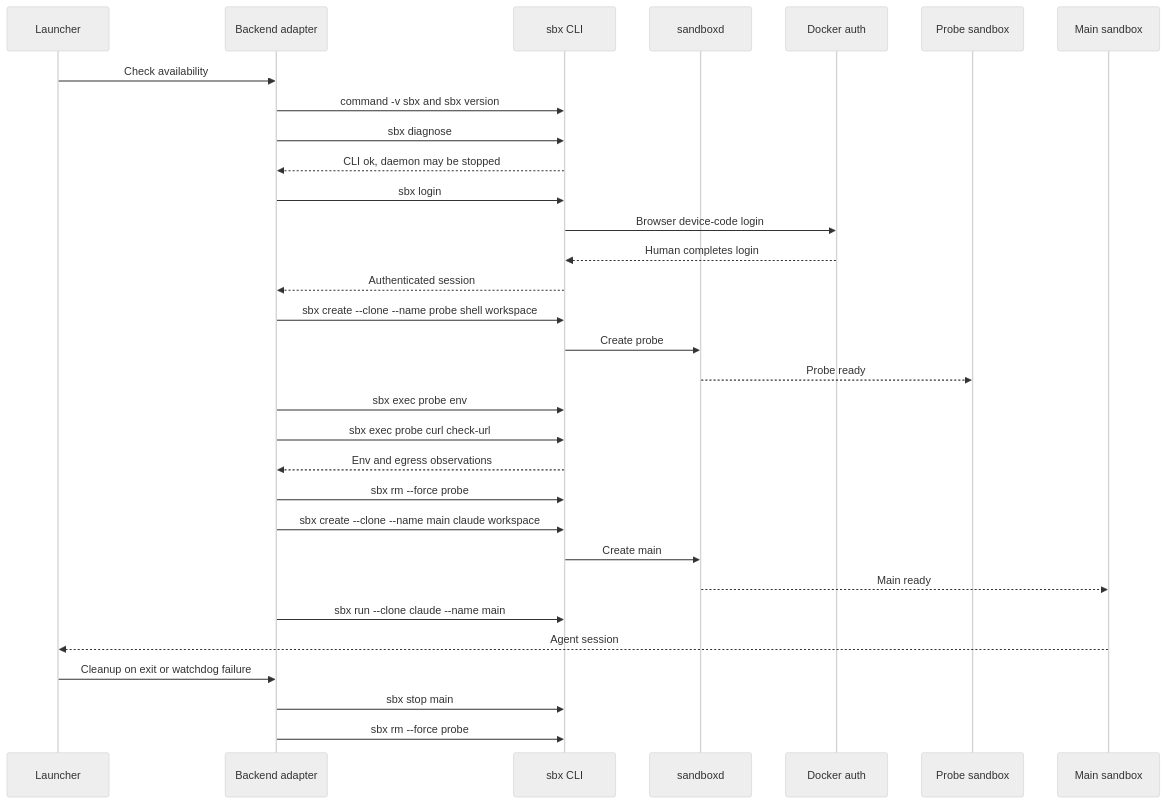
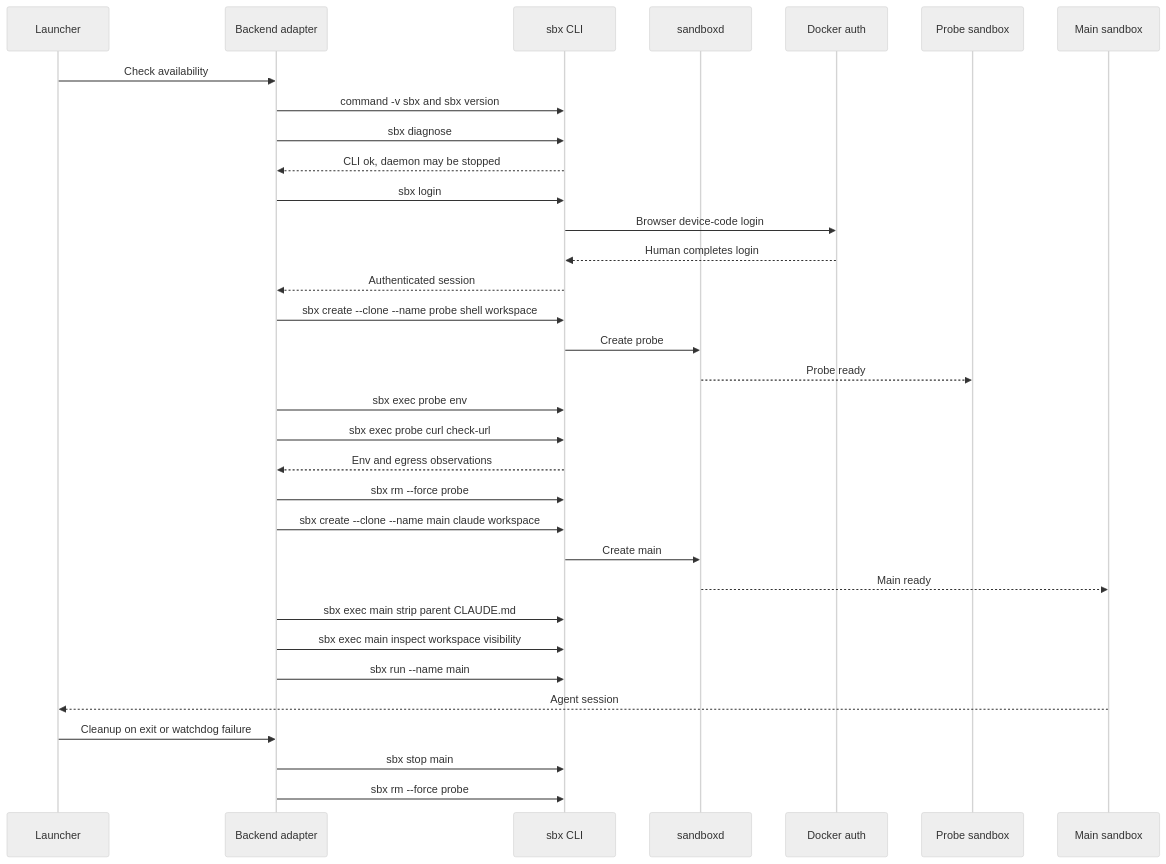
One commit to liu-qingyuan/safe-claude-sbx changed the fifth of 6 diagrams in docs/docker-sandbox-backend.md. Above: the diagram before and after it, drawn with Mermaid (neutral theme). The commit also changed other lines of this file and 6 other files, not shown here.

Commit message:
Strip sandbox parent guidance before attach

````diff
--- a/docs/docker-sandbox-backend.md
+++ b/docs/docker-sandbox-backend.md
@@ -724,34 +735,36 @@
 ```mermaid
 sequenceDiagram
     participant L as Launcher
     participant B as Backend adapter
     participant S as sbx CLI
     participant D as sandboxd
     participant A as Docker auth
     participant P as Probe sandbox
     participant M as Main sandbox
 
     L->>B: Check availability
     B->>S: command -v sbx and sbx version
     B->>S: sbx diagnose
     S-->>B: CLI ok, daemon may be stopped
     B->>S: sbx login
     S->>A: Browser device-code login
     A-->>S: Human completes login
     S-->>B: Authenticated session
     B->>S: sbx create --clone --name probe shell workspace
     S->>D: Create probe
     D-->>P: Probe ready
     B->>S: sbx exec probe env
     B->>S: sbx exec probe curl check-url
     S-->>B: Env and egress observations
     B->>S: sbx rm --force probe
     B->>S: sbx create --clone --name main claude workspace
     S->>D: Create main
     D-->>M: Main ready
-    B->>S: sbx run --clone claude --name main
+    B->>S: sbx exec main strip parent CLAUDE.md
+    B->>S: sbx exec main inspect workspace visibility
+    B->>S: sbx run --name main
     M-->>L: Agent session
     L->>B: Cleanup on exit or watchdog failure
     B->>S: sbx stop main
     B->>S: sbx rm --force probe
 ```
````
